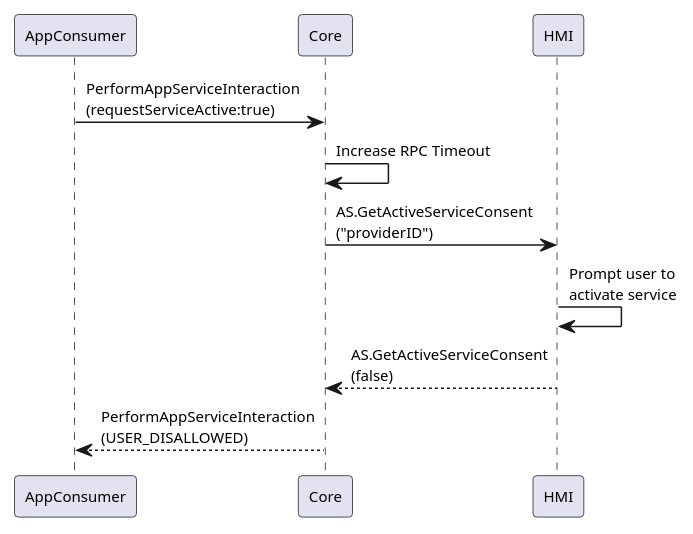
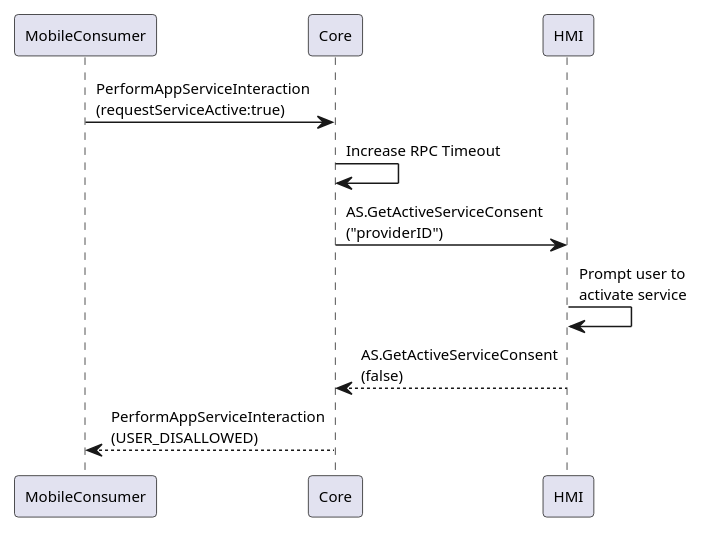
The diagram in docs/AppService/GetActiveServiceConsent/assets/GetActiveServiceConsent_Reject.puml (smartdevicelink/sdl_hmi_integration_guidelines), drawn with PlantUML before and after one commit. The commit also changed 7 other files, not shown here.

```diff
--- a/docs/AppService/GetActiveServiceConsent/assets/GetActiveServiceConsent_Reject.puml
+++ b/docs/AppService/GetActiveServiceConsent/assets/GetActiveServiceConsent_Reject.puml
@@ -1,17 +1,17 @@
 @startuml
 
 skinparam ParticipantPadding 36
 skinparam defaultFontSize 10
 
-participant AppConsumer
+participant MobileConsumer
 participant Core
 participant HMI
 
-AppConsumer -> Core : PerformAppServiceInteraction\n(requestServiceActive:true)
+MobileConsumer -> Core : PerformAppServiceInteraction\n(requestServiceActive:true)
 Core -> Core : Increase RPC Timeout
 Core -> HMI : AS.GetActiveServiceConsent\n("providerID")
 HMI -> HMI : Prompt user to \nactivate service
 HMI --> Core : AS.GetActiveServiceConsent\n(false)
 
-Core --> AppConsumer : PerformAppServiceInteraction\n(USER_DISALLOWED)
+Core --> MobileConsumer : PerformAppServiceInteraction\n(USER_DISALLOWED)
 @enduml
```
